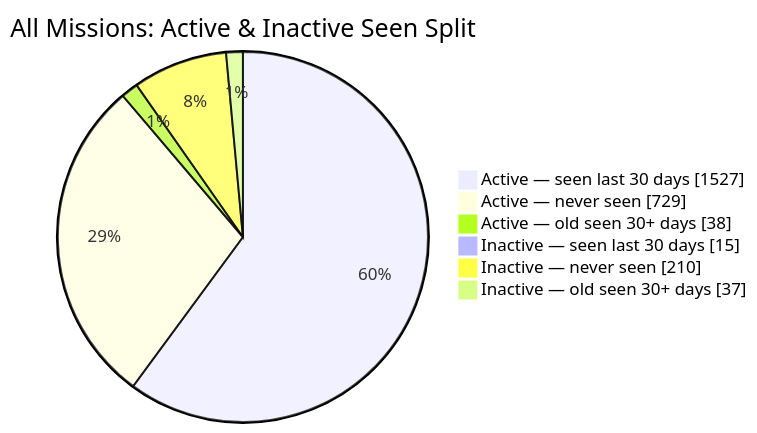
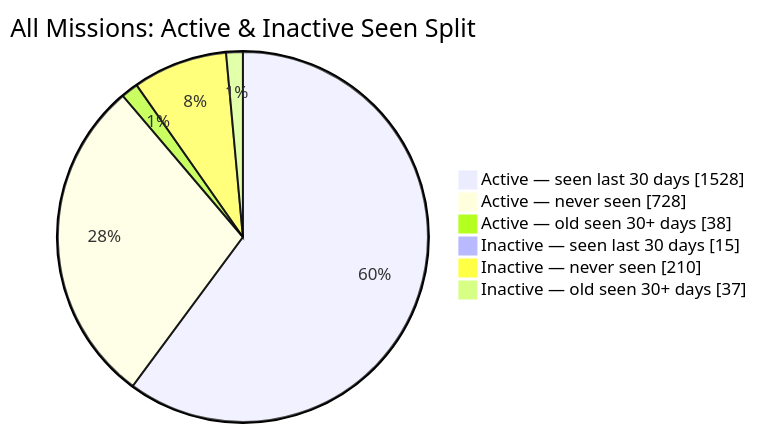
The second of 2 diagrams in README.md (MeldkamerspelGameTeam/active-missions), drawn with Mermaid before and after one commit. The commit also changed other lines of this file and 3 other files, not shown here.

````diff
--- a/README.md
+++ b/README.md
@@ -44,10 +44,10 @@
 ```mermaid
 pie showData
     title All Missions: Active & Inactive Seen Split
-    "Active — seen last 30 days" : 1527
-    "Active — never seen" : 729
+    "Active — seen last 30 days" : 1528
+    "Active — never seen" : 728
     "Active — old seen 30+ days" : 38
     "Inactive — seen last 30 days" : 15
     "Inactive — never seen" : 210
     "Inactive — old seen 30+ days" : 37
 ```
````
